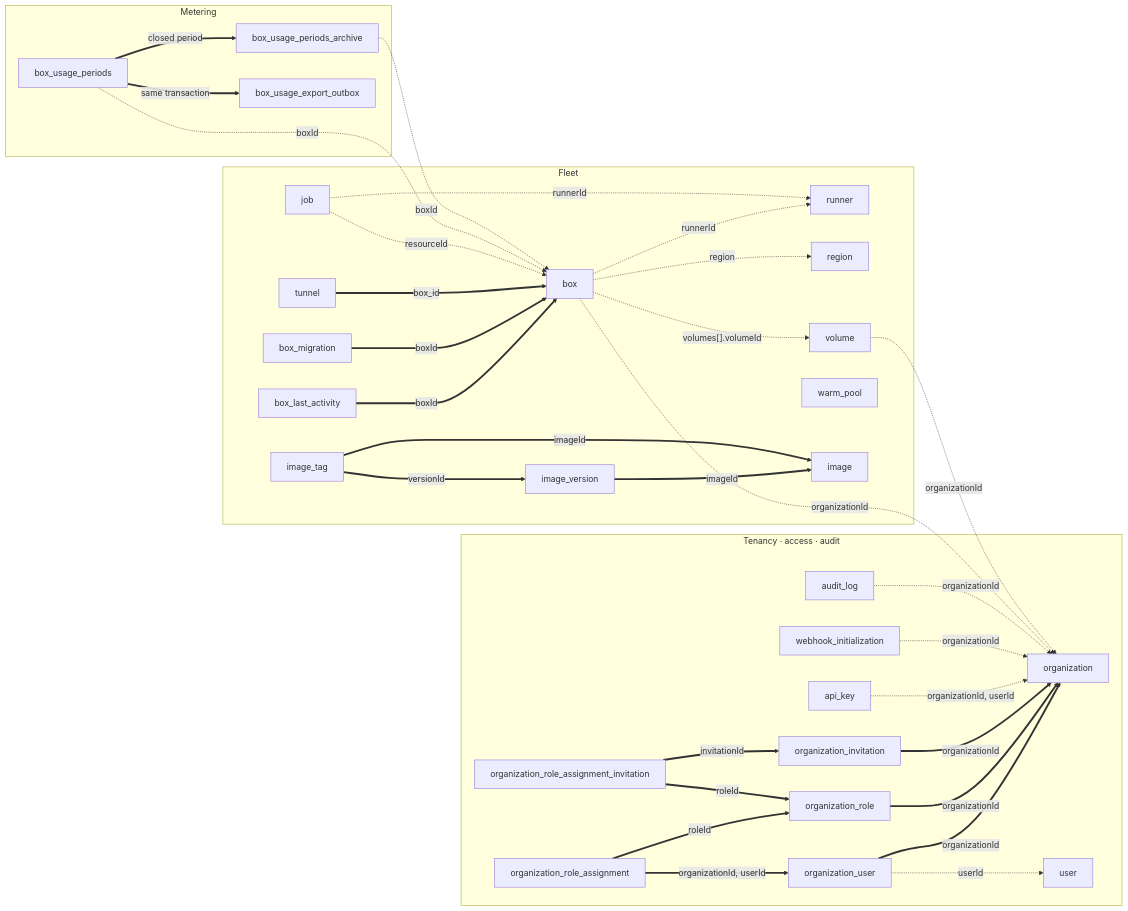
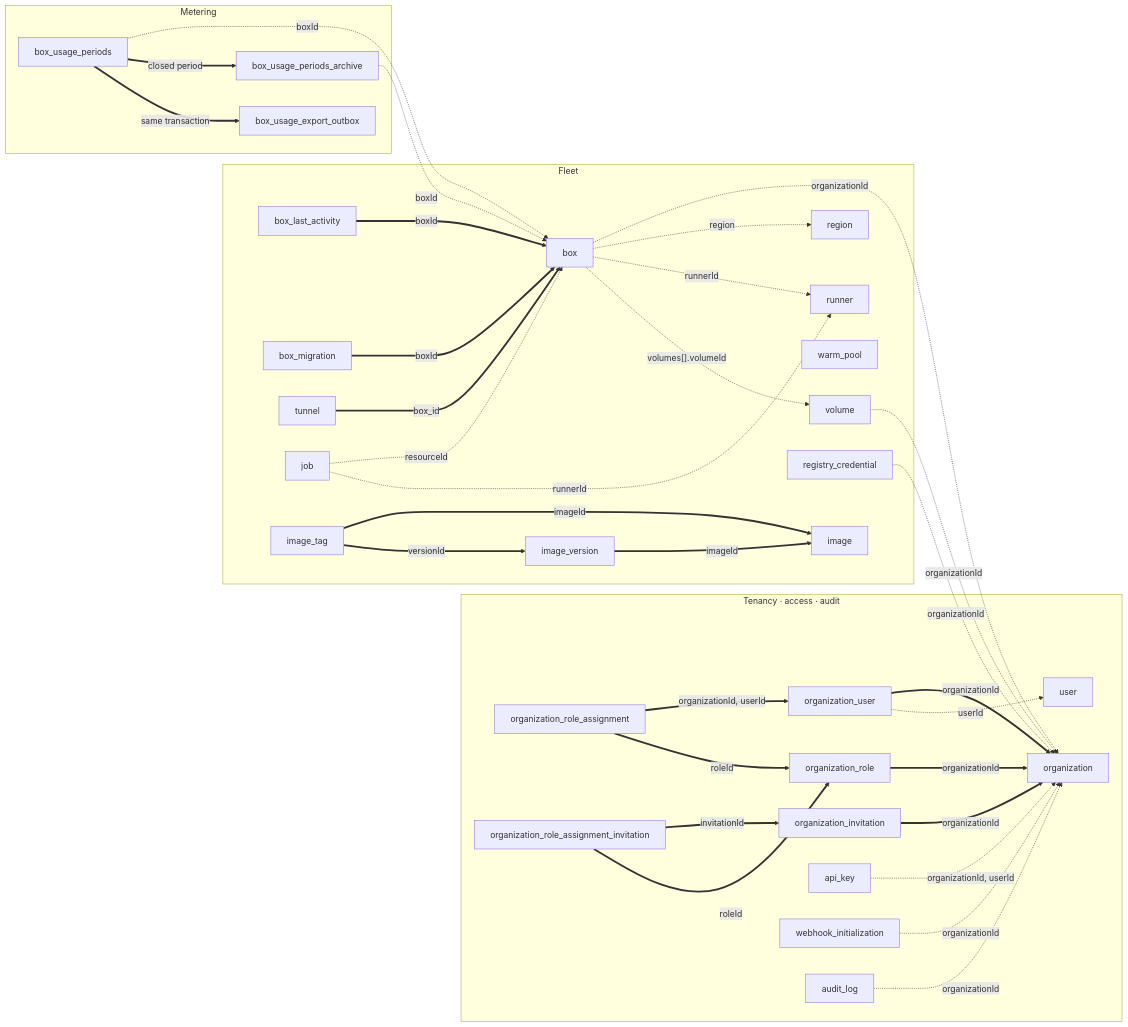
The diagram in apps/SCHEMA.md (ARenigma/boxlite), drawn with Mermaid before and after one commit. The commit also changed other lines of this file and 25 other files, not shown here.

````diff
--- a/apps/SCHEMA.md
+++ b/apps/SCHEMA.md
@@ -34,66 +34,68 @@
 ```mermaid
 flowchart LR
     subgraph tenancy["Tenancy · access · audit"]
         t_org["organization"]
         t_orguser["organization_user"]
         t_role["organization_role"]
         t_invite["organization_invitation"]
         t_assign["organization_role_assignment"]
         t_assigninv["organization_role_assignment_invitation"]
         t_user["user"]
         t_apikey["api_key"]
         t_webhook["webhook_initialization"]
         t_audit["audit_log"]
     end
 
     subgraph fleet["Fleet"]
         t_box["box"]
         t_activity["box_last_activity"]
         t_migration["box_migration"]
         t_tunnel["tunnel"]
         t_runner["runner"]
         t_region["region"]
         t_volume["volume"]
         t_job["job"]
         t_warm["warm_pool"]
         t_image["image"]
         t_imgver["image_version"]
         t_imgtag["image_tag"]
+        t_regcred["registry_credential"]
     end
 
     subgraph metering["Metering"]
         t_period["box_usage_periods"]
         t_archive["box_usage_periods_archive"]
         t_outbox["box_usage_export_outbox"]
     end
 
     t_orguser ==>|"organizationId"| t_org
     t_role ==>|"organizationId"| t_org
     t_invite ==>|"organizationId"| t_org
     t_assign ==>|"organizationId, userId"| t_orguser
     t_assign ==>|"roleId"| t_role
     t_assigninv ==>|"invitationId"| t_invite
     t_assigninv ==>|"roleId"| t_role
     t_activity ==>|"boxId"| t_box
     t_migration ==>|"boxId"| t_box
     t_tunnel ==>|"box_id"| t_box
     t_imgver ==>|"imageId"| t_image
     t_imgtag ==>|"imageId"| t_image
     t_imgtag ==>|"versionId"| t_imgver
 
     t_orguser -.->|"userId"| t_user
     t_apikey -.->|"organizationId, userId"| t_org
     t_webhook -.->|"organizationId"| t_org
     t_audit -.->|"organizationId"| t_org
     t_box -.->|"organizationId"| t_org
     t_box -.->|"region"| t_region
     t_box -.->|"runnerId"| t_runner
     t_box -.->|"volumes[].volumeId"| t_volume
     t_volume -.->|"organizationId"| t_org
+    t_regcred -.->|"organizationId"| t_org
     t_job -.->|"resourceId"| t_box
     t_job -.->|"runnerId"| t_runner
     t_period -.->|"boxId"| t_box
     t_archive -.->|"boxId"| t_box
     t_period ==>|"closed period"| t_archive
     t_period ==>|"same transaction"| t_outbox
 ```
````
